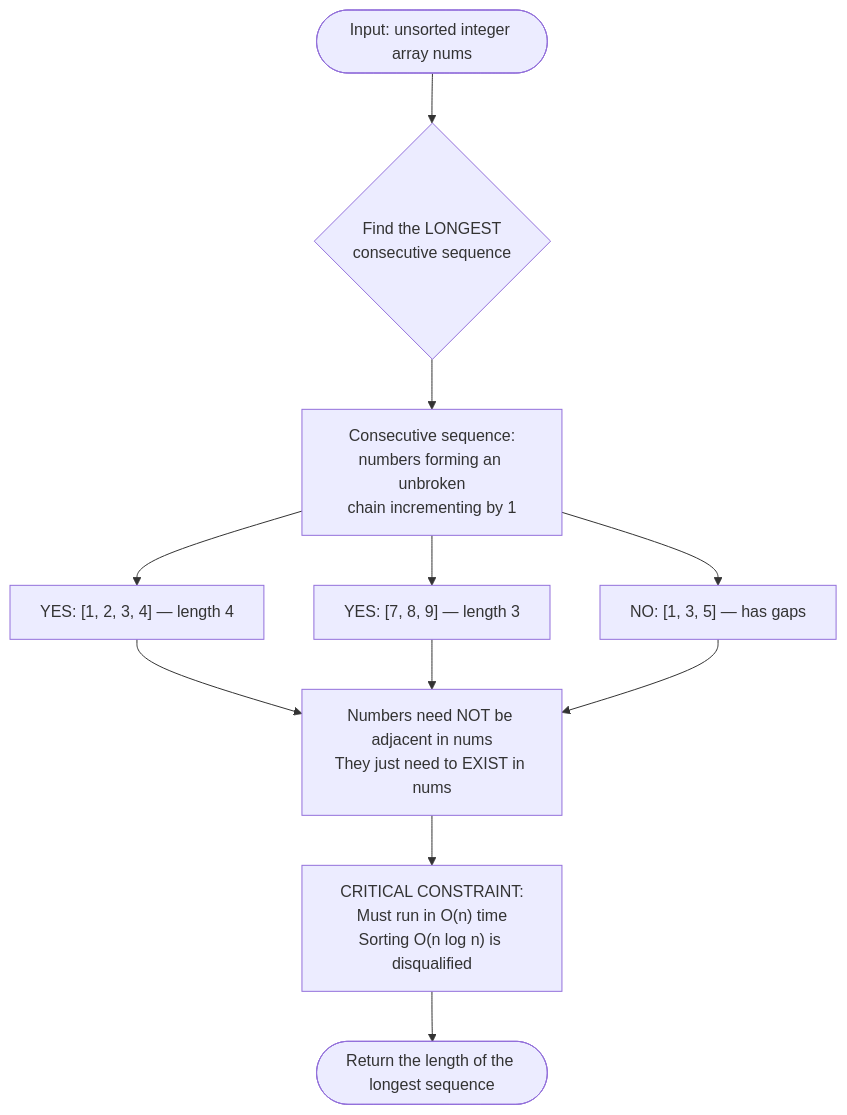
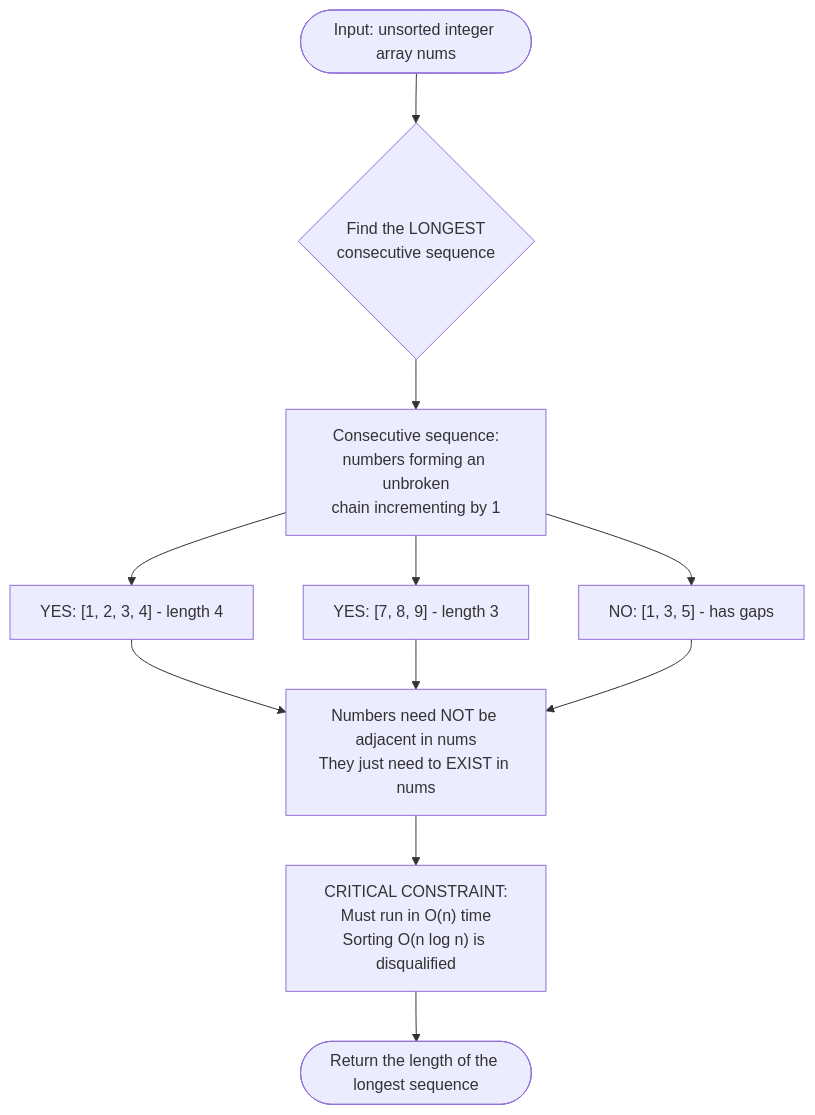
One commit to M-F-Tushar/LeetCode-Problem-Solving changed the first of 10 diagrams in 07 - Longest Consecutive Sequence/README.md. Above: the diagram before and after it, drawn with Mermaid. The commit also changed other lines of this file and 6 other files, not shown here.

Commit message:
fix diagram rendering

````diff
--- a/07 - Longest Consecutive Sequence/README.md
+++ b/07 - Longest Consecutive Sequence/README.md
@@ -22,12 +22,12 @@
 ```mermaid
 flowchart TD
     INPUT(["Input: unsorted integer array nums"]) --> Q{"Find the LONGEST\nconsecutive sequence"}
     Q --> DEF["Consecutive sequence:\nnumbers forming an unbroken\nchain incrementing by 1"]
-    DEF --> EX1["YES: [1, 2, 3, 4] — length 4"]
-    DEF --> EX2["YES: [7, 8, 9] — length 3"]
-    DEF --> EX3["NO: [1, 3, 5] — has gaps"]
+    DEF --> EX1["YES: [1, 2, 3, 4]  -  length 4"]
+    DEF --> EX2["YES: [7, 8, 9]  -  length 3"]
+    DEF --> EX3["NO: [1, 3, 5]  -  has gaps"]
     EX1 & EX2 & EX3 --> KEY["Numbers need NOT be adjacent in nums\nThey just need to EXIST in nums"]
     KEY --> BLOCK["CRITICAL CONSTRAINT:\nMust run in O(n) time\nSorting O(n log n) is disqualified"]
     BLOCK --> OUT(["Return the length of the longest sequence"])
 
 ```
````
